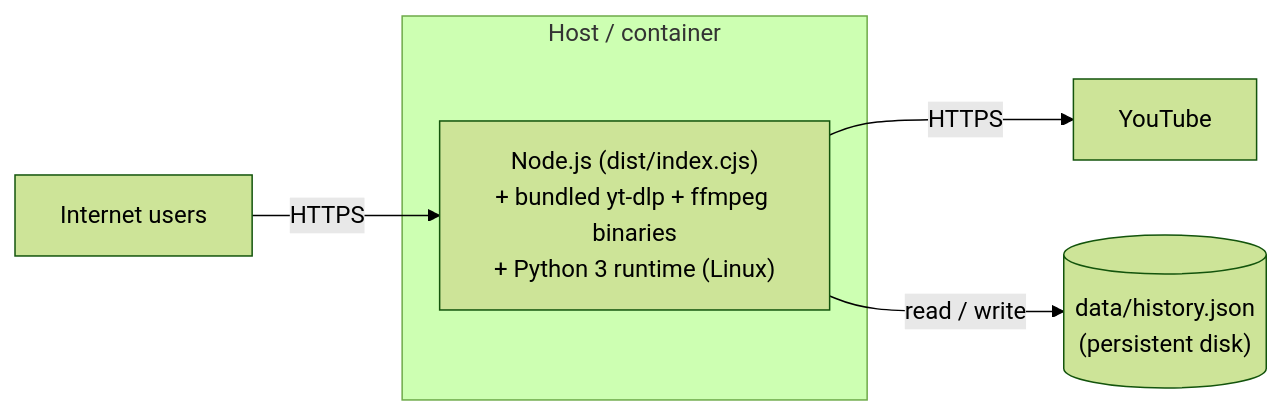
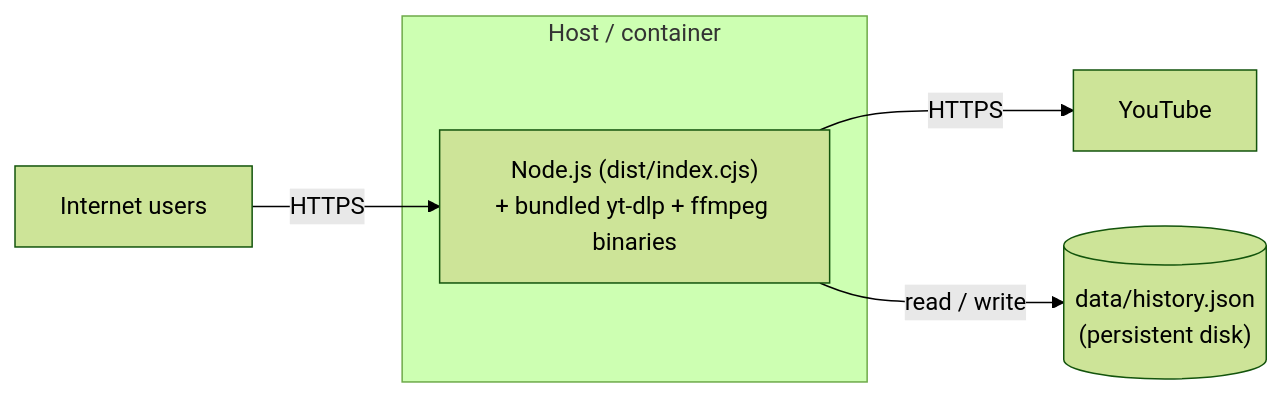
Before and after one commit to ShayanZafar/YTDownload: the sixth of 6 diagrams in TECHNICAL.md, drawn with Mermaid (forest theme). The commit also changed other lines of this file and 3 other files, not shown here.

````diff
--- a/TECHNICAL.md
+++ b/TECHNICAL.md
@@ -429,9 +439,9 @@
 ```mermaid
 flowchart LR
   subgraph Host["Host / container"]
-    Node2["Node.js (dist/index.cjs)<br/>+ bundled yt-dlp + ffmpeg binaries<br/>+ Python 3 runtime (Linux)"]
+    Node2["Node.js (dist/index.cjs)<br/>+ bundled yt-dlp + ffmpeg binaries"]
   end
   Internet["Internet users"] -- HTTPS --> Node2
   Node2 -- HTTPS --> YouTubeProd["YouTube"]
   Node2 -- "read / write" --> Disk[("data/history.json<br/>(persistent disk)")]
 ```
````
